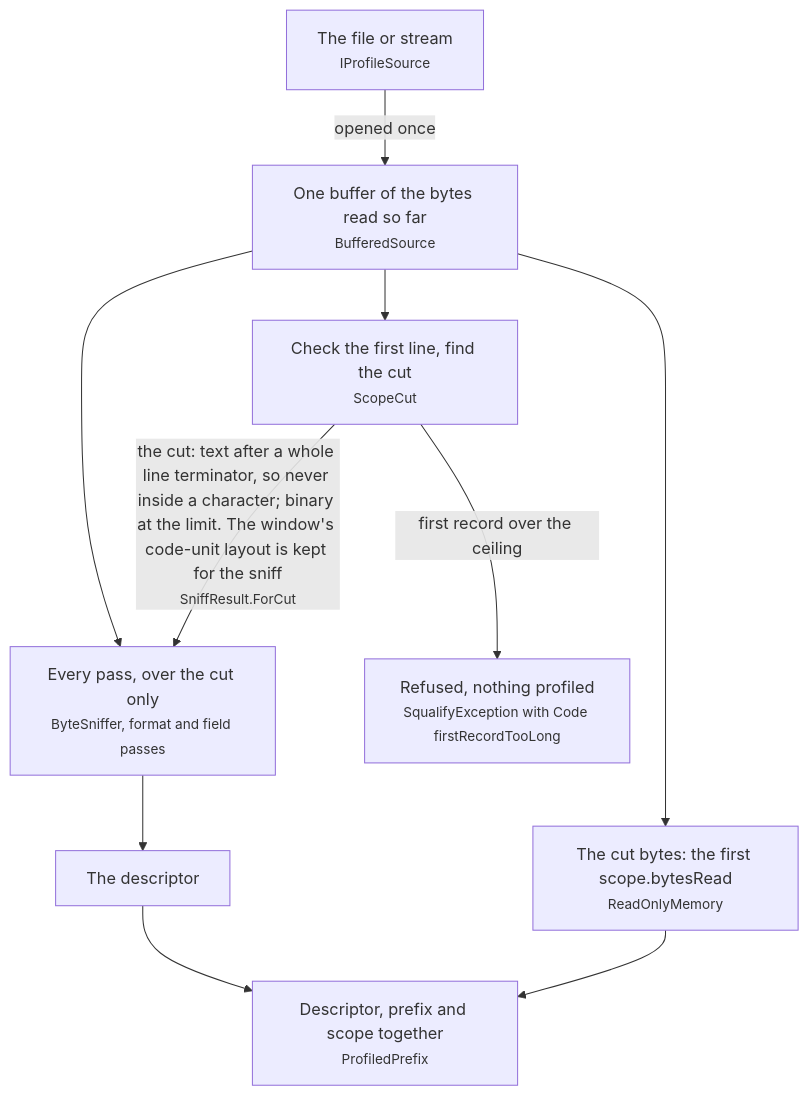
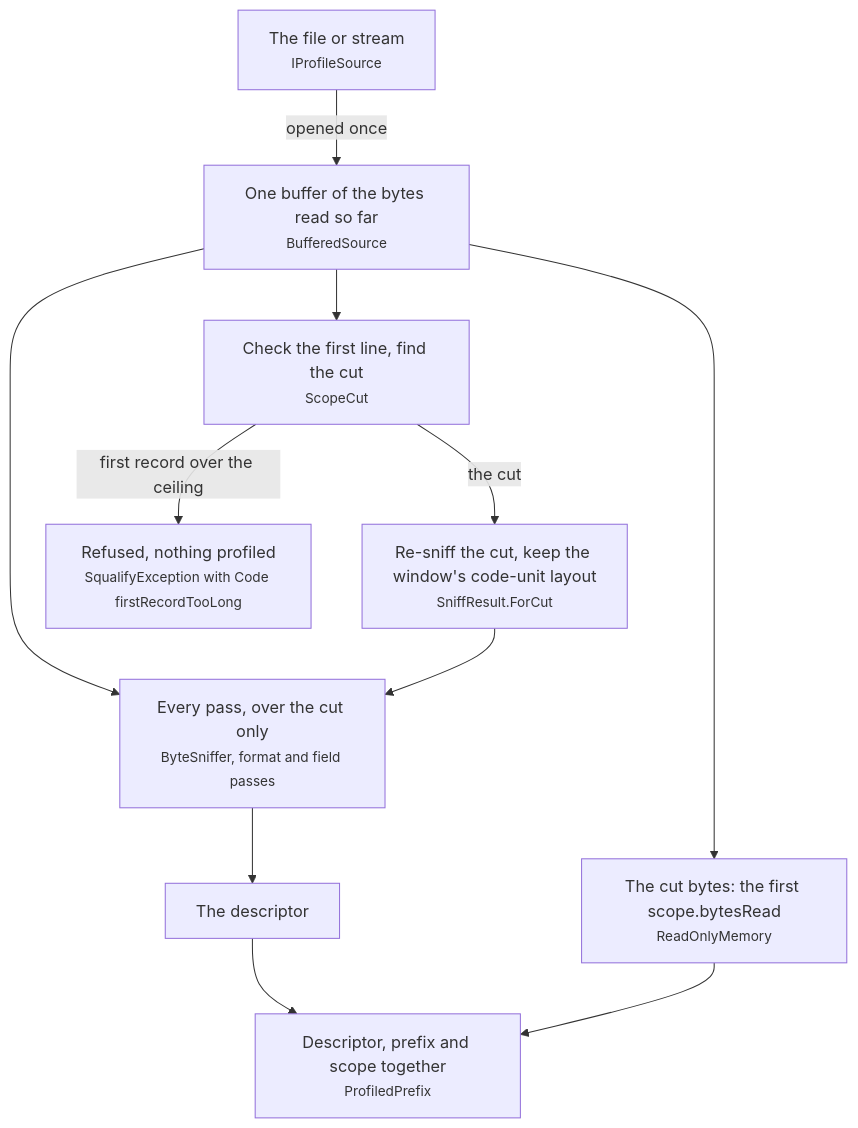
The third of 33 diagrams in docs/how-it-works.md (squalor-xyz/squalify), drawn with Mermaid before and after one commit. The commit also changed other lines of this file and 7 other files, not shown here.

Commit message:
sq-73: fix round 4 (architect A1-A8, A10, A11)

````diff
--- a/docs/how-it-works.md
+++ b/docs/how-it-works.md
@@ -42,12 +42,13 @@
 ```mermaid
 flowchart TD
     S["The file or stream<br/><small>IProfileSource</small>"] -->|"opened once"| B["One buffer of the bytes read so far<br/><small>BufferedSource</small>"]
     B --> C["Check the first line, find the cut<br/><small>ScopeCut</small>"]
     B --> P["Every pass, over the cut only<br/><small>ByteSniffer, format and field passes</small>"]
-    C -->|"the cut: text after a whole line terminator, so never inside a character; binary at the limit. The window's code-unit layout is kept for the sniff<br/><small>SniffResult.ForCut</small>"| P
+    C -->|"the cut"| K["Re-sniff the cut, keep the window's code-unit layout<br/><small>SniffResult.ForCut</small>"]
+    K --> P
     C -->|"first record over the ceiling"| E["Refused, nothing profiled<br/><small>SqualifyException with Code firstRecordTooLong</small>"]
     P --> D["The descriptor"]
     B --> X["The cut bytes: the first scope.bytesRead<br/><small>ReadOnlyMemory</small>"]
     D --> R["Descriptor, prefix and scope together<br/><small>ProfiledPrefix</small>"]
     X --> R
 ```
````
